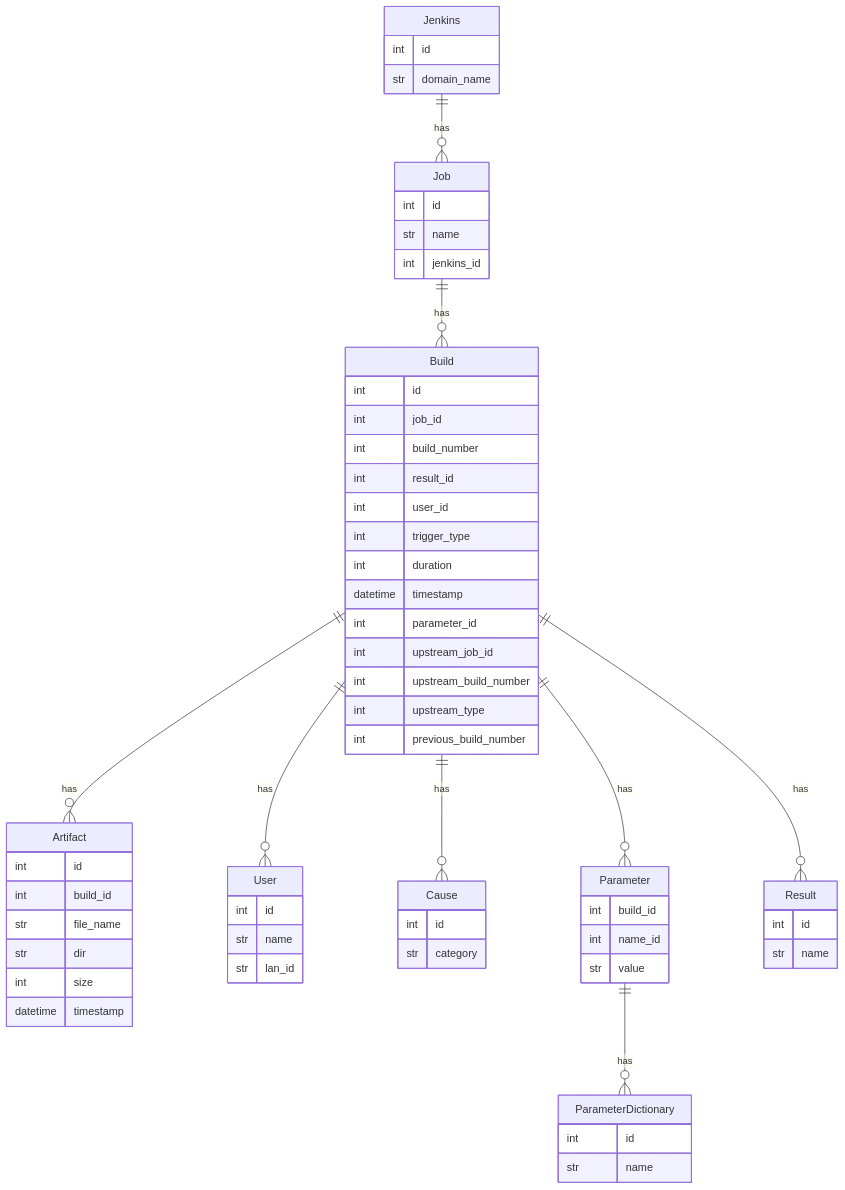
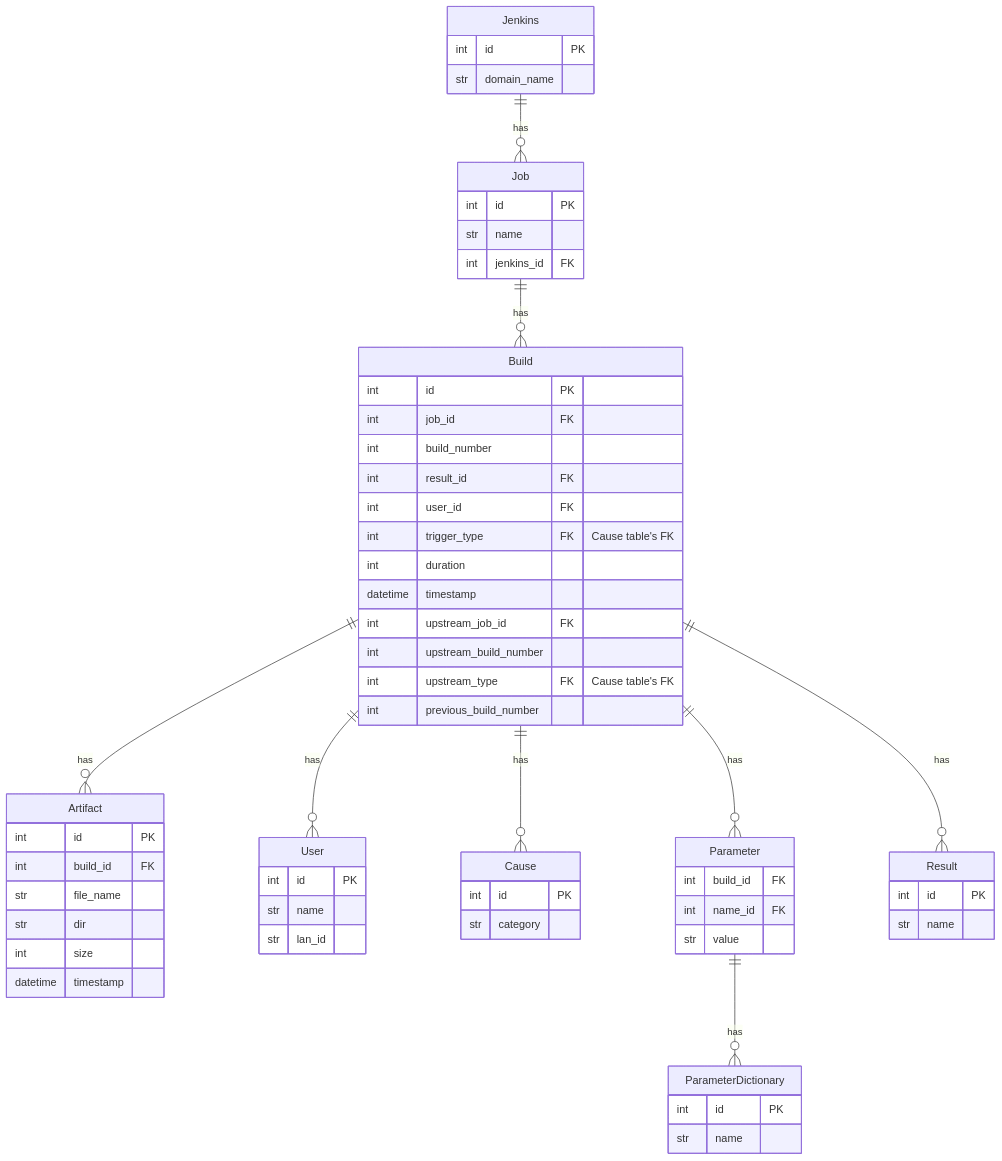
One commit to maxleow/duck_jenkins changed the diagram in README.md. Above: the diagram before and after it, drawn with Mermaid.

Commit message:
adding mermaid diagram

````diff
--- a/README.md
+++ b/README.md
@@ -39,65 +39,64 @@
 ```mermaid
 erDiagram
     Jenkins ||--o{ Job: has
     Job ||--o{ Build: has
     Build ||--o{ Artifact: has
     Build ||--o{ User: has
     Build ||--o{ Cause: has
     Build ||--o{ Parameter: has
     Build ||--o{ Result: has
     Parameter ||--o{ ParameterDictionary: has
     Jenkins{
-        int id
+        int id PK
         str domain_name
     }
     Job{
-        int id
+        int id  PK
         str name
-        int jenkins_id
+        int jenkins_id FK
     }
     Result{
-        int id
+        int id PK
         str name
     }
     User{
-        int id
+        int id PK
         str name
         str lan_id
     }
     Cause{
-        int id
+        int id PK
         str category
     }
     Build{
-        int id
-        int job_id
+        int id               PK
+        int job_id           FK
         int build_number
-        int result_id
-        int user_id
-        int trigger_type
+        int result_id        FK
+        int user_id          FK 
+        int trigger_type     FK "Cause table's FK"
         int duration
         datetime timestamp
-        int parameter_id
-        int upstream_job_id
+        int upstream_job_id FK
         int upstream_build_number
-        int upstream_type
+        int upstream_type   FK "Cause table's FK"
         int previous_build_number
     }
     ParameterDictionary{
-        int id
+        int id PK
         str name
     }
     Parameter{
-        int build_id
-        int name_id
+        int build_id FK
+        int name_id  FK
         str value
     }
     Artifact{
-        int id
-        int build_id
+        int id        PK
+        int build_id  FK
         str file_name
         str dir
         int size
         datetime timestamp
     }
 ```
````
